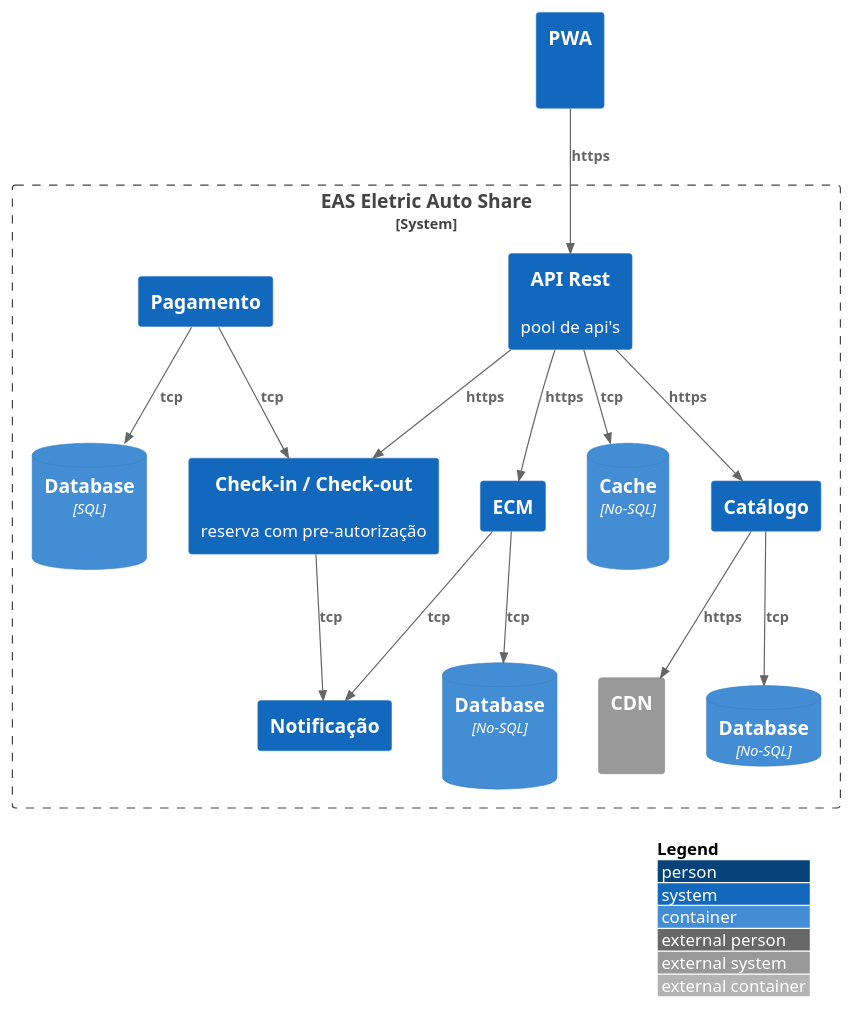
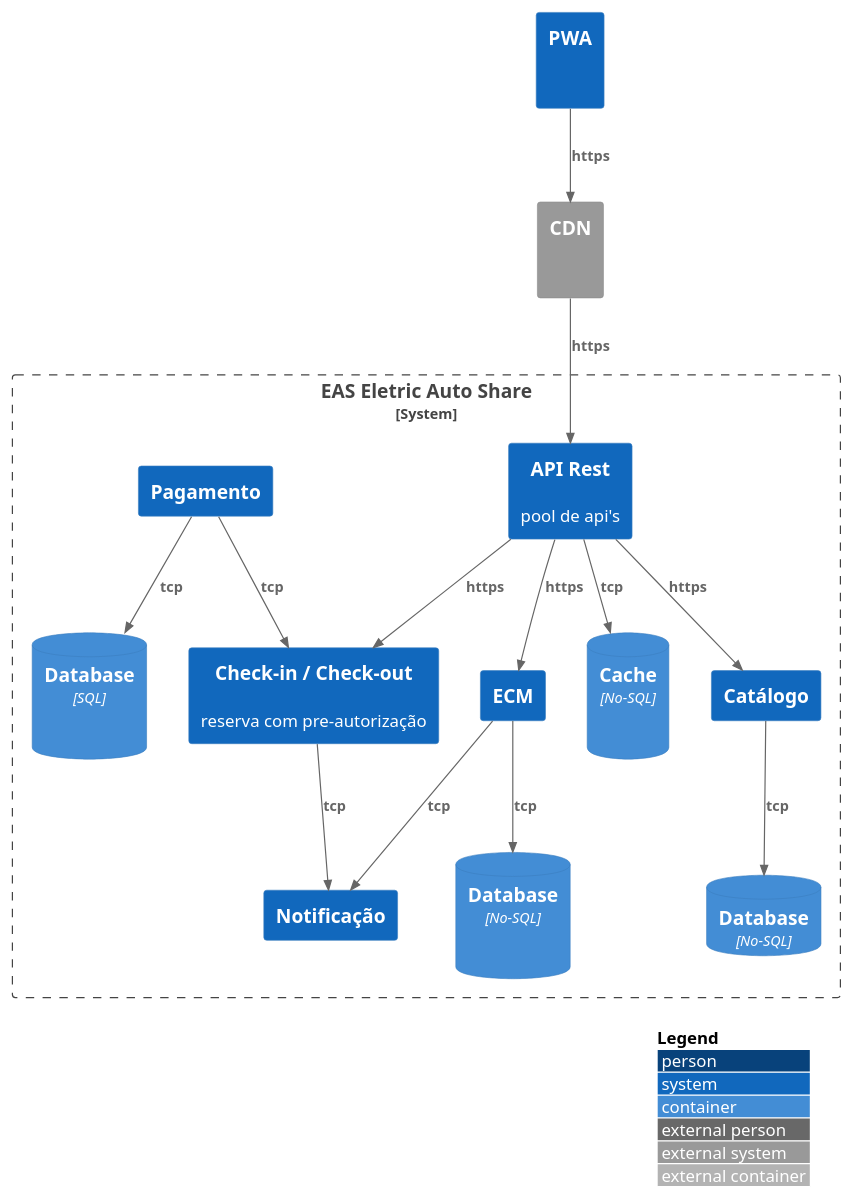
Before and after one commit to felipementel/c4-model-builder: the diagram in src/C2 Container/deployment.puml, drawn with PlantUML. The commit also changed 9 other files, not shown here.

```diff
--- a/src/C2 Container/deployment.puml
+++ b/src/C2 Container/deployment.puml
@@ -1,35 +1,35 @@
 @startuml
 !include https://raw.githubusercontent.com/adrianvlupu/C4-PlantUML/latest/C4_Deployment.puml
 
 LAYOUT_WITH_LEGEND()
 
 System(pwa, "PWA", " ")
+System_Ext(CDNBlobImages, "CDN", " ")
 
 System_Boundary(eeas, "EAS Eletric Auto Share") {
     System(api, "API Rest", "pool de api's")
     ContainerDb(apiCache, "Cache", "No-SQL", " ")
     System(catalogoApi, "Catálogo", "")
     System(notificacaoApi, "Notificação", "")
     System(CheckInCheckouApi, "Check-in / Check-out", "reserva com pre-autorização")
     System(ECMApi, "ECM", "")
     ContainerDb(ECMData, "Database", "No-SQL", " ")
-    ContainerDb(catalogoSQL, "Database", "No-SQL", "")
-    System_Ext(CDNBlobImages, "CDN", " ")
+    ContainerDb(catalogoSQL, "Database", "No-SQL", "")    
     System(pagamentoApi, "Pagamento", "")
     ContainerDb(pagamentoSQL, "Database", "SQL", " ")
 }
 
-Rel(pwa, api, "https")
 Rel(api, apiCache, "tcp")
 Rel(api, ECMApi, "https")
 Rel(api, catalogoApi, "https")
 Rel(catalogoApi, catalogoSQL, "tcp")
-Rel(catalogoApi, CDNBlobImages, "https")
+Rel(pwa, CDNBlobImages, "https")
+Rel(CDNBlobImages, api, "https")
 Rel(pagamentoApi, pagamentoSQL, "tcp")
 Rel(pagamentoApi, CheckInCheckouApi, "tcp")
 Rel(api, CheckInCheckouApi, "https")
 Rel(ECMApi, ECMData, "tcp")
 Rel(CheckInCheckouApi, notificacaoApi, "tcp")
 Rel(ECMApi, notificacaoApi, "tcp")
 
 @enduml
```
